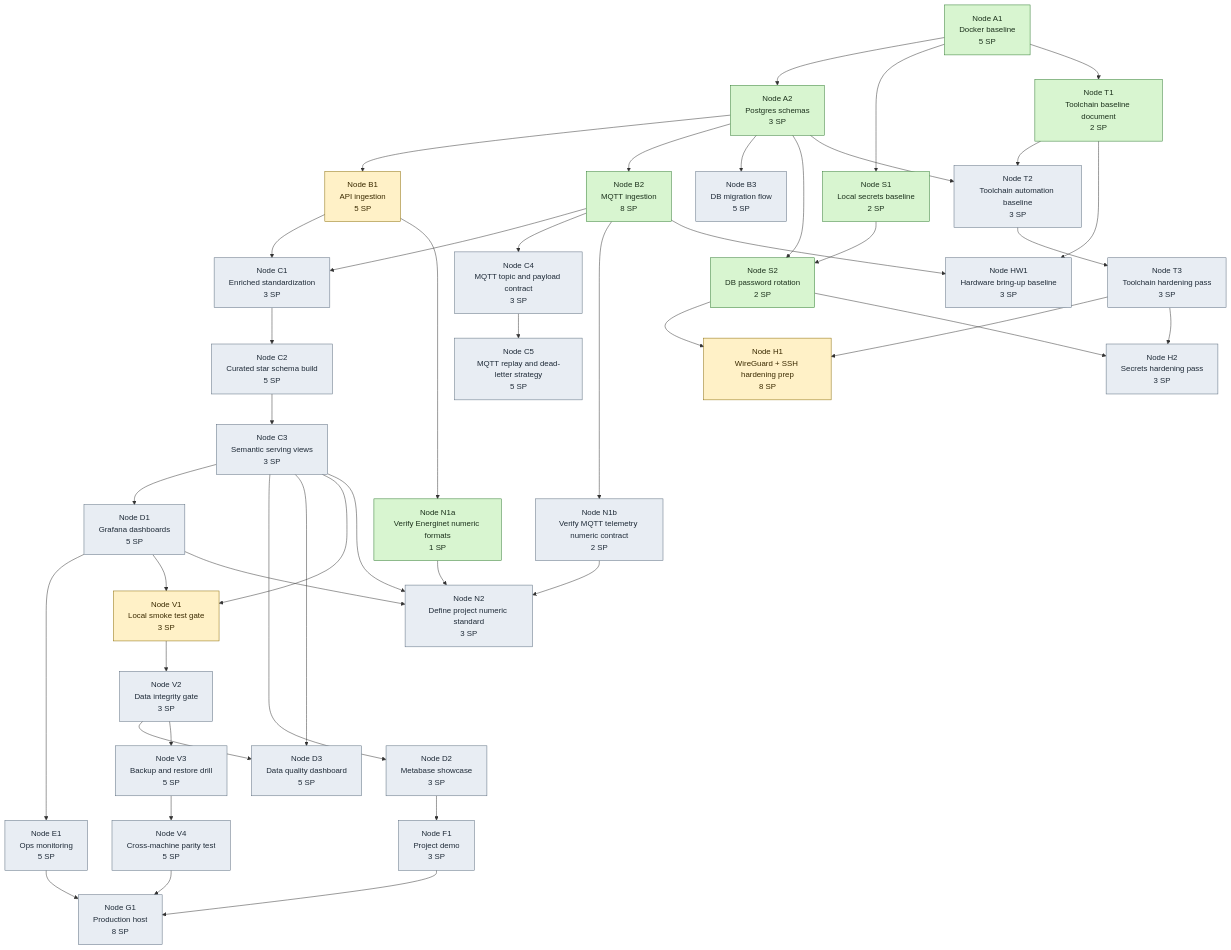
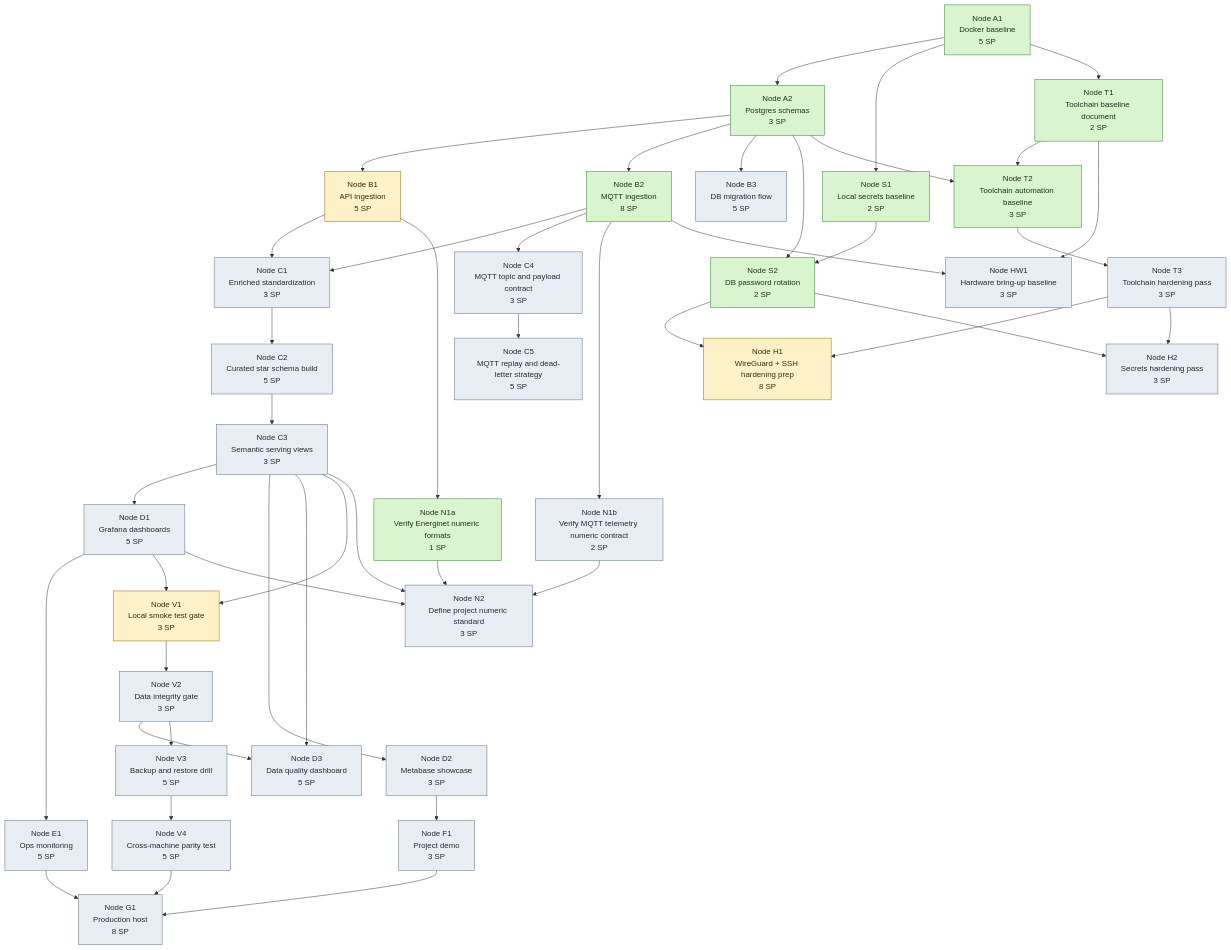
One commit to EnTekLasse/commons-anchor changed the diagram in docs/architecture/diagrams/tech-tree.mmd. Above: the diagram before and after it, drawn with Mermaid. The commit also changed 9 other files, not shown here.

First line of the commit message:
feat(T2): add local quality gate and Mermaid compile automation

```diff
--- a/docs/architecture/diagrams/tech-tree.mmd
+++ b/docs/architecture/diagrams/tech-tree.mmd
@@ -1,112 +1,112 @@
 %% AUTO-GENERATED FROM docs/architecture/diagram-model.json
 flowchart TD
   A1[Node A1<br/>Docker baseline<br/>5 SP]
   A2[Node A2<br/>Postgres schemas<br/>3 SP]
   B1[Node B1<br/>API ingestion<br/>5 SP]
   B2[Node B2<br/>MQTT ingestion<br/>8 SP]
   B3[Node B3<br/>DB migration flow<br/>5 SP]
   C1[Node C1<br/>Enriched standardization<br/>3 SP]
   C2[Node C2<br/>Curated star schema build<br/>5 SP]
   C3[Node C3<br/>Semantic serving views<br/>3 SP]
   C4[Node C4<br/>MQTT topic and payload contract<br/>3 SP]
   C5[Node C5<br/>MQTT replay and dead-letter strategy<br/>5 SP]
   D1[Node D1<br/>Grafana dashboards<br/>5 SP]
   D2[Node D2<br/>Metabase showcase<br/>3 SP]
   D3[Node D3<br/>Data quality dashboard<br/>5 SP]
   E1[Node E1<br/>Ops monitoring<br/>5 SP]
   F1[Node F1<br/>Project demo<br/>3 SP]
   V1[Node V1<br/>Local smoke test gate<br/>3 SP]
   V2[Node V2<br/>Data integrity gate<br/>3 SP]
   V3[Node V3<br/>Backup and restore drill<br/>5 SP]
   V4[Node V4<br/>Cross-machine parity test<br/>5 SP]
   G1[Node G1<br/>Production host<br/>8 SP]
   S1[Node S1<br/>Local secrets baseline<br/>2 SP]
   S2[Node S2<br/>DB password rotation<br/>2 SP]
   N1a[Node N1a<br/>Verify Energinet numeric formats<br/>1 SP]
   N1b[Node N1b<br/>Verify MQTT telemetry numeric contract<br/>2 SP]
   N2[Node N2<br/>Define project numeric standard<br/>3 SP]
   H1[Node H1<br/>WireGuard + SSH hardening prep<br/>8 SP]
   H2[Node H2<br/>Secrets hardening pass<br/>3 SP]
   T1[Node T1<br/>Toolchain baseline document<br/>2 SP]
   T2[Node T2<br/>Toolchain automation baseline<br/>3 SP]
   T3[Node T3<br/>Toolchain hardening pass<br/>3 SP]
   HW1[Node HW1<br/>Hardware bring-up baseline<br/>3 SP]
 
   A1 --> A2
   A2 --> B1
   A2 --> B2
   A2 --> B3
   B1 --> C1
   B2 --> C1
   C1 --> C2
   C2 --> C3
   B2 --> C4
   C4 --> C5
   C3 --> D1
   C3 --> D2
   C3 --> D3
   V2 --> D3
   D1 --> E1
   D2 --> F1
   C3 --> V1
   D1 --> V1
   V1 --> V2
   V2 --> V3
   V3 --> V4
   E1 --> G1
   F1 --> G1
   V4 --> G1
   A1 --> S1
   S1 --> S2
   A2 --> S2
   B1 --> N1a
   B2 --> N1b
   N1a --> N2
   N1b --> N2
   C3 --> N2
   D1 --> N2
   S2 --> H1
   T3 --> H1
   S2 --> H2
   T3 --> H2
   A1 --> T1
   T1 --> T2
   A2 --> T2
   T2 --> T3
   B2 --> HW1
   T1 --> HW1
 
   classDef done fill:#d8f5d0,stroke:#2f7a2f,stroke-width:1px,color:#1c311c
   classDef inProgress fill:#fff1c7,stroke:#8a6a00,stroke-width:1px,color:#3a2a00
   classDef backlog fill:#e8edf3,stroke:#5a6b7d,stroke-width:1px,color:#1f2b38
   class A1 done
   class A2 done
   class B1 inProgress
   class B2 done
   class B3 backlog
   class C1 backlog
   class C2 backlog
   class C3 backlog
   class C4 backlog
   class C5 backlog
   class D1 backlog
   class D2 backlog
   class D3 backlog
   class E1 backlog
   class F1 backlog
   class V1 inProgress
   class V2 backlog
   class V3 backlog
   class V4 backlog
   class G1 backlog
   class S1 done
   class S2 done
   class N1a done
   class N1b backlog
   class N2 backlog
   class H1 inProgress
   class H2 backlog
   class T1 done
-  class T2 backlog
+  class T2 done
   class T3 backlog
   class HW1 backlog
```
